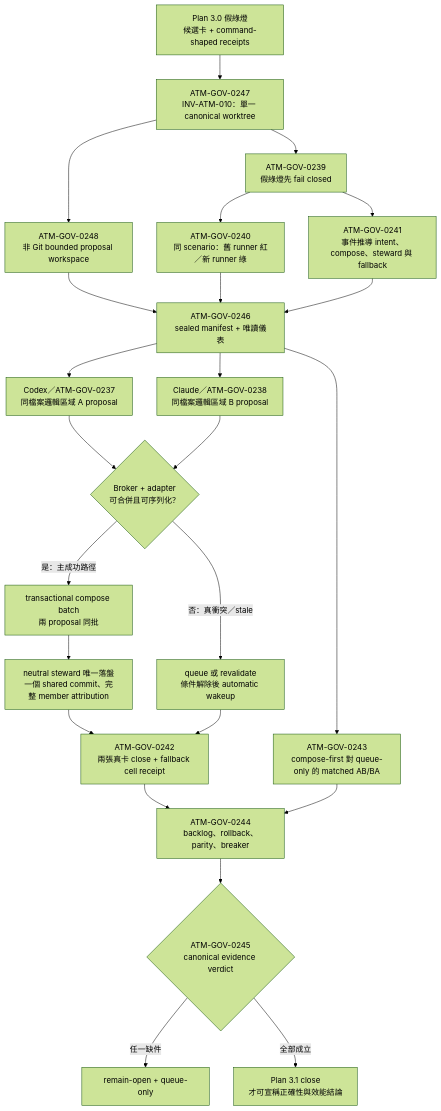
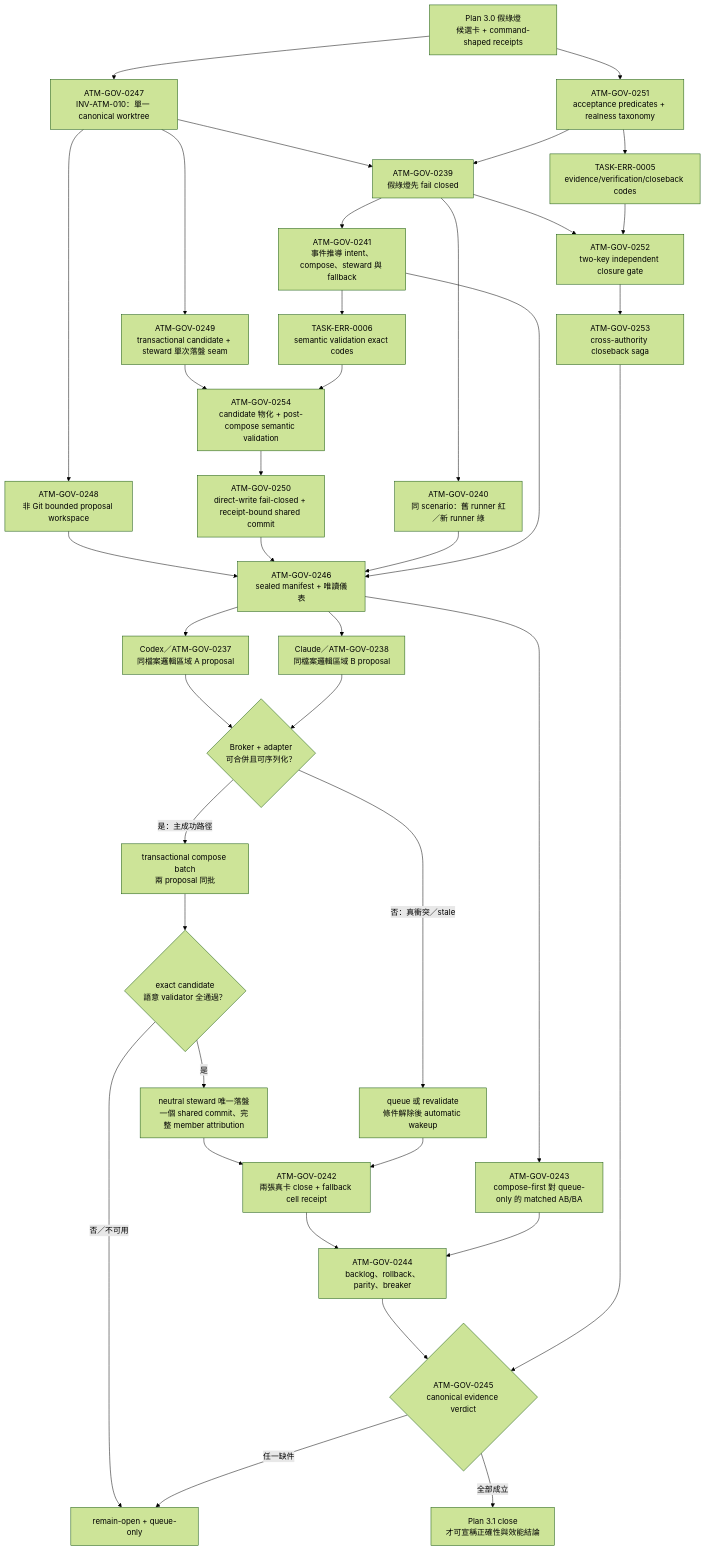
The diagram in docs/ai_atomic_framework/governance-optimization/end-to-end-auto-batch-performance-plan-v3.md (eaglhuang/3klife), drawn with Mermaid (forest theme) before and after one commit. The commit also changed other lines of this file and 23 other files, not shown here.

````diff
--- a/docs/ai_atomic_framework/governance-optimization/end-to-end-auto-batch-performance-plan-v3.md
+++ b/docs/ai_atomic_framework/governance-optimization/end-to-end-auto-batch-performance-plan-v3.md
@@ -89,26 +99,41 @@
 ```mermaid
 flowchart TD
     A["Plan 3.0 假綠燈<br/>候選卡 + command-shaped receipts"] --> P["ATM-GOV-0247<br/>INV-ATM-010：單一 canonical worktree"]
+    A --> EP["ATM-GOV-0251<br/>acceptance predicates + realness taxonomy"]
+    EP --> EG["TASK-ERR-0005<br/>evidence/verification/closeback codes"]
     P --> W["ATM-GOV-0248<br/>非 Git bounded proposal workspace"]
+    P --> TA["ATM-GOV-0249<br/>transactional candidate + steward 單次落盤 seam"]
+    E --> SE["TASK-ERR-0006<br/>semantic validation exact codes"]
+    TA --> SV["ATM-GOV-0254<br/>candidate 物化 + post-compose semantic validation"]
+    SE --> SV
+    SV --> WG["ATM-GOV-0250<br/>direct-write fail-closed + receipt-bound shared commit"]
     P --> C["ATM-GOV-0239<br/>假綠燈先 fail closed"]
+    EP --> C
+    C --> VG["ATM-GOV-0252<br/>two-key independent closure gate"]
+    EG --> VG
     C --> D["ATM-GOV-0240<br/>同 scenario：舊 runner 紅／新 runner 綠"]
     C --> E["ATM-GOV-0241<br/>事件推導 intent、compose、steward 與 fallback"]
     W --> L["ATM-GOV-0246<br/>sealed manifest + 唯讀儀表"]
+    WG --> L
     D --> L
     E --> L
     L --> CA["Codex／ATM-GOV-0237<br/>同檔案邏輯區域 A proposal"]
     L --> CL["Claude／ATM-GOV-0238<br/>同檔案邏輯區域 B proposal"]
     CA --> B{"Broker + adapter<br/>可合併且可序列化？"}
     CL --> B
     B -->|"是：主成功路徑"| M["transactional compose batch<br/>兩 proposal 同批"]
-    M --> S["neutral steward 唯一落盤<br/>一個 shared commit、完整 member attribution"]
+    M --> V{"exact candidate<br/>語意 validator 全通過？"}
+    V -->|"是"| S["neutral steward 唯一落盤<br/>一個 shared commit、完整 member attribution"]
+    V -->|"否／不可用"| J
     B -->|"否：真衝突／stale"| Q["queue 或 revalidate<br/>條件解除後 automatic wakeup"]
     S --> F["ATM-GOV-0242<br/>兩張真卡 close + fallback cell receipt"]
     Q --> F
     L --> G["ATM-GOV-0243<br/>compose-first 對 queue-only 的 matched AB/BA"]
     F --> H["ATM-GOV-0244<br/>backlog、rollback、parity、breaker"]
     G --> H
+    VG --> XS["ATM-GOV-0253<br/>cross-authority closeback saga"]
     H --> I{"ATM-GOV-0245<br/>canonical evidence verdict"}
+    XS --> I
     I -->|"任一缺件"| J["remain-open + queue-only"]
     I -->|"全部成立"| K["Plan 3.1 close<br/>才可宣稱正確性與效能結論"]
 ```
````
